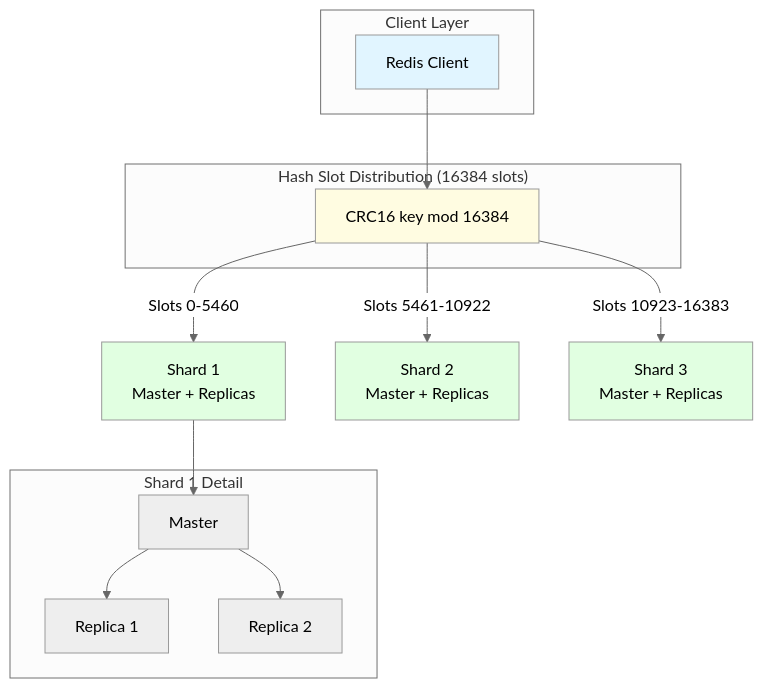
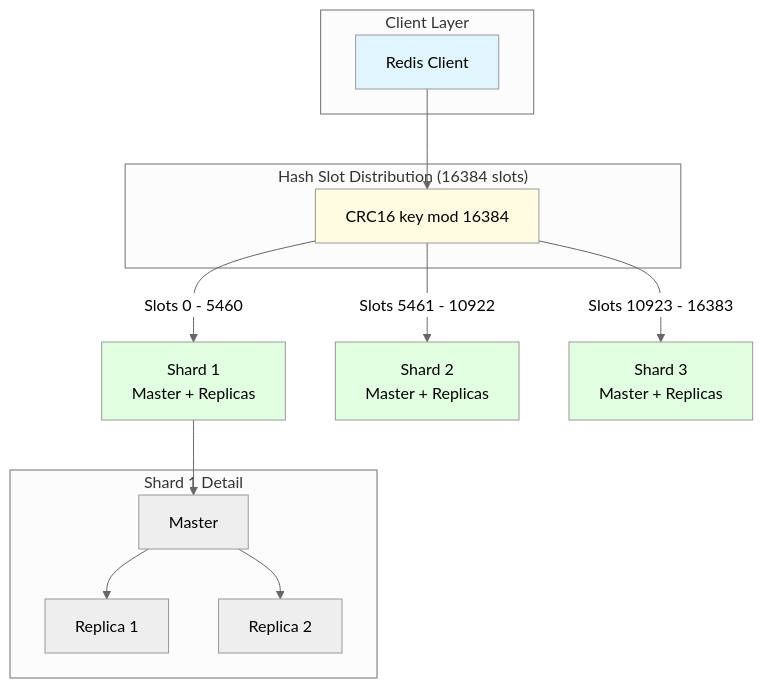
Before and after one commit to piyush7199/hld-architecture-handbook: the ninth of 13 diagrams in 03-challenges/3.1.2-distributed-cache/hld-diagram.md, drawn with Mermaid (neutral theme). The commit also changed other lines of this file and 12 other files, not shown here.

````diff
--- a/03-challenges/3.1.2-distributed-cache/hld-diagram.md
+++ b/03-challenges/3.1.2-distributed-cache/hld-diagram.md
@@ -397,32 +379,30 @@
 ```mermaid
 graph TB
     subgraph "Client Layer"
         RedisClient[Redis Client]
     end
-    
+
     subgraph "Hash Slot Distribution (16384 slots)"
         Router[CRC16 key mod 16384]
     end
-    
+
     RedisClient --> Router
-    
-    Router -->|Slots 0-5460| Shard1[Shard 1<br/>Master + Replicas]
-    Router -->|Slots 5461-10922| Shard2[Shard 2<br/>Master + Replicas]
-    Router -->|Slots 10923-16383| Shard3[Shard 3<br/>Master + Replicas]
-    
+    Router -->|Slots 0 - 5460| Shard1[Shard 1<br/>Master + Replicas]
+    Router -->|Slots 5461 - 10922| Shard2[Shard 2<br/>Master + Replicas]
+    Router -->|Slots 10923 - 16383| Shard3[Shard 3<br/>Master + Replicas]
+
     subgraph "Shard 1 Detail"
         S1M[Master]
         S1R1[Replica 1]
         S1R2[Replica 2]
         S1M --> S1R1
         S1M --> S1R2
     end
-    
+
     Shard1 --> S1M
-    
-    style RedisClient fill:#e1f5ff
-    style Router fill:#fffce1
-    style Shard1 fill:#e1ffe1
-    style Shard2 fill:#e1ffe1
-    style Shard3 fill:#e1ffe1
+    style RedisClient fill: #e1f5ff
+    style Router fill: #fffce1
+    style Shard1 fill: #e1ffe1
+    style Shard2 fill: #e1ffe1
+    style Shard3 fill: #e1ffe1
 ```
````
